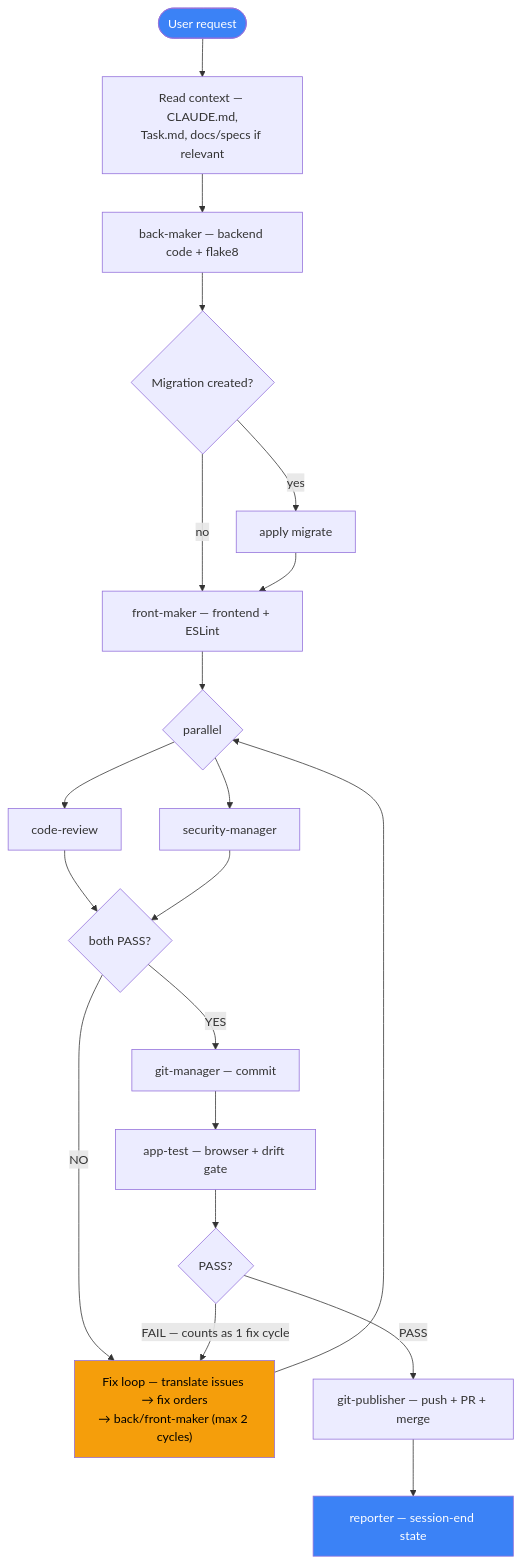
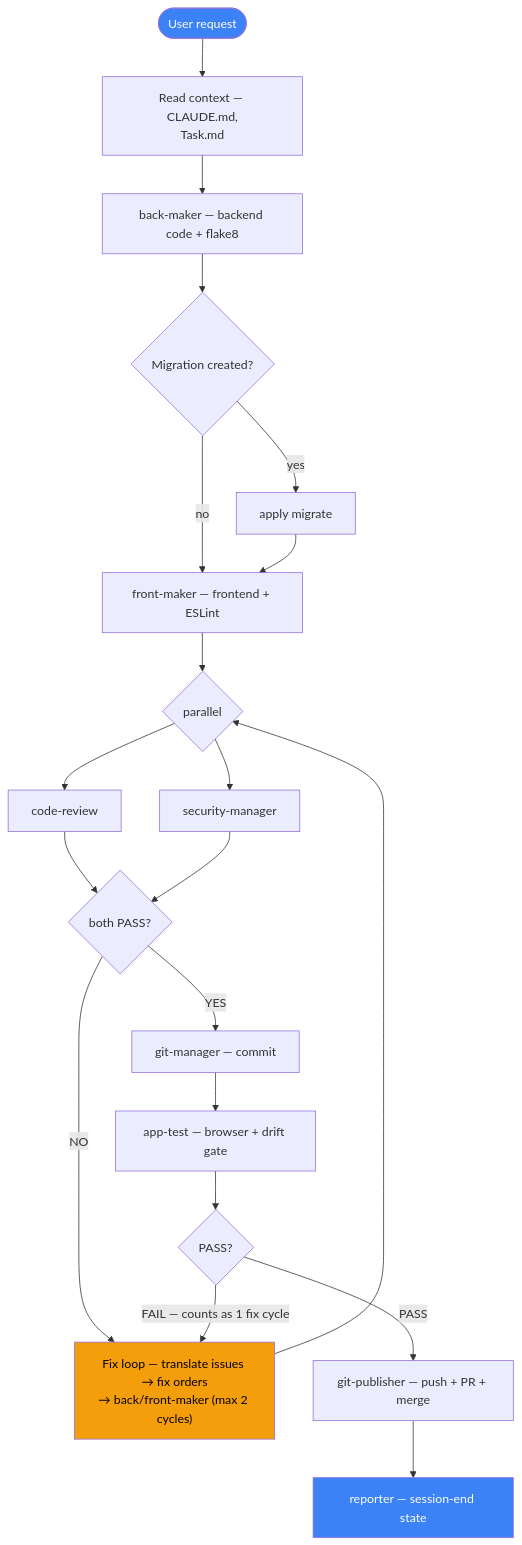
The second of 2 diagrams in .claude/WORKFLOW.md (hongikarchi/archi-tinder), drawn with Mermaid before and after one commit. The commit also changed other lines of this file and 19 other files, not shown here.

````diff
--- a/.claude/WORKFLOW.md
+++ b/.claude/WORKFLOW.md
@@ -62,26 +62,26 @@
 ```mermaid
 flowchart TD
-    Start([User request]) --> Ctx[Read context — CLAUDE.md,<br/>Task.md, docs/specs if relevant]
+    Start([User request]) --> Ctx[Read context — CLAUDE.md,<br/>Task.md]
     Ctx --> BM[back-maker — backend code + flake8]
     BM --> Mig{Migration created?}
     Mig -->|yes| Migrate[apply migrate]
     Mig -->|no| FM
     Migrate --> FM[front-maker — frontend + ESLint]
     FM --> Par{parallel}
     Par --> RV[code-review]
     Par --> SC[security-manager]
     RV --> Dec{both PASS?}
     SC --> Dec
     Dec -->|NO| FL["Fix loop — translate issues → fix orders<br/>→ back/front-maker (max 2 cycles)"]
     FL --> Par
     Dec -->|YES| GM[git-manager — commit]
     GM --> AT[app-test — browser + drift gate]
     AT --> ATv{PASS?}
     ATv -->|FAIL — counts as 1 fix cycle| FL
     ATv -->|PASS| Pub[git-publisher — push + PR + merge]
     Pub --> RP[reporter — session-end state]
 
     style Start fill:#3b82f6,color:#fff
     style FL fill:#f59e0b,color:#000
     style RP fill:#3b82f6,color:#fff
 ```
````
